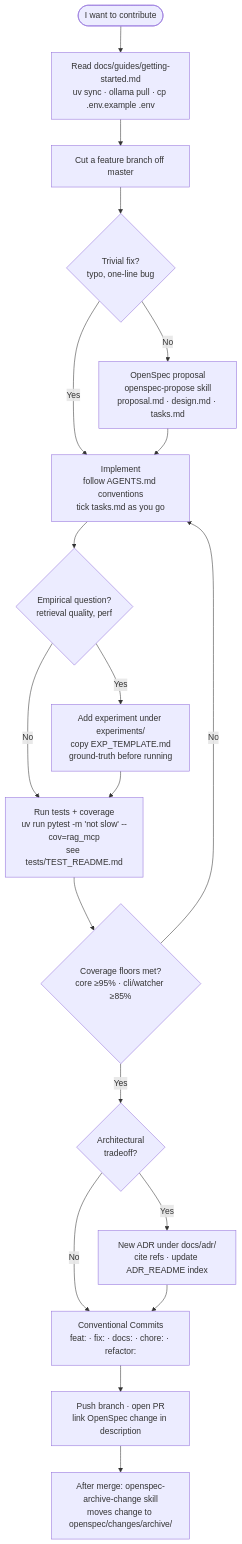
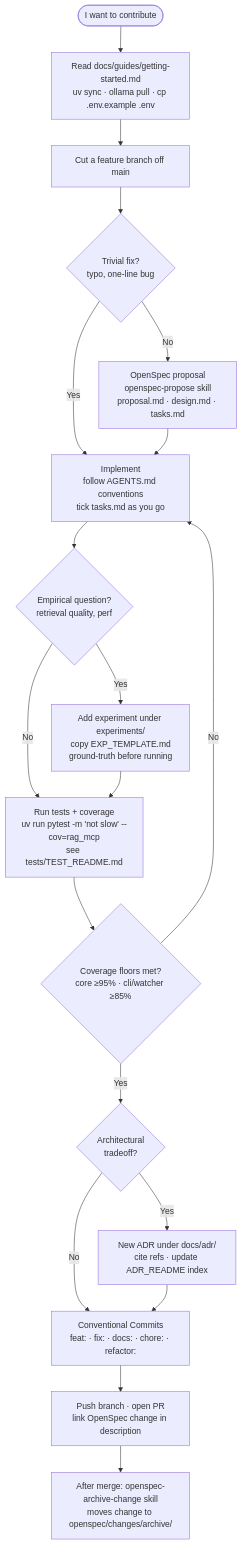
Before and after one commit to cmdaltctr/llamaindex-rag-mcp: the diagram in CONTRIBUTING.md, drawn with Mermaid. The commit also changed other lines of this file and 5 other files, not shown here.

First line of the commit message:
ci: rename master to main, upgrade deprecated actions

````diff
--- a/CONTRIBUTING.md
+++ b/CONTRIBUTING.md
@@ -23,21 +23,21 @@
 ```mermaid
 flowchart TD
     Start([I want to contribute]) --> Setup[Read docs/guides/getting-started.md<br/>uv sync · ollama pull · cp .env.example .env]
-    Setup --> Branch[Cut a feature branch off master]
+    Setup --> Branch[Cut a feature branch off main]
     Branch --> Trivial{Trivial fix?<br/>typo, one-line bug}
     Trivial -->|Yes| Implement
     Trivial -->|No| Propose[OpenSpec proposal<br/>openspec-propose skill<br/>proposal.md · design.md · tasks.md]
     Propose --> Implement[Implement<br/>follow AGENTS.md conventions<br/>tick tasks.md as you go]
     Implement --> Experiment{Empirical question?<br/>retrieval quality, perf}
     Experiment -->|Yes| RunExperiment[Add experiment under experiments/<br/>copy EXP_TEMPLATE.md<br/>ground-truth before running]
     Experiment -->|No| Test
     RunExperiment --> Test[Run tests + coverage<br/>uv run pytest -m 'not slow' --cov=rag_mcp<br/>see tests/TEST_README.md]
     Test --> Pass{Coverage floors met?<br/>core ≥95% · cli/watcher ≥85%}
     Pass -->|No| Implement
     Pass -->|Yes| Architectural{Architectural<br/>tradeoff?}
     Architectural -->|Yes| ADR[New ADR under docs/adr/<br/>cite refs · update ADR_README index]
     Architectural -->|No| Commit
     ADR --> Commit[Conventional Commits<br/>feat: · fix: · docs: · chore: · refactor:]
     Commit --> PR[Push branch · open PR<br/>link OpenSpec change in description]
     PR --> Archive[After merge: openspec-archive-change skill<br/>moves change to openspec/changes/archive/]
 ```
````
